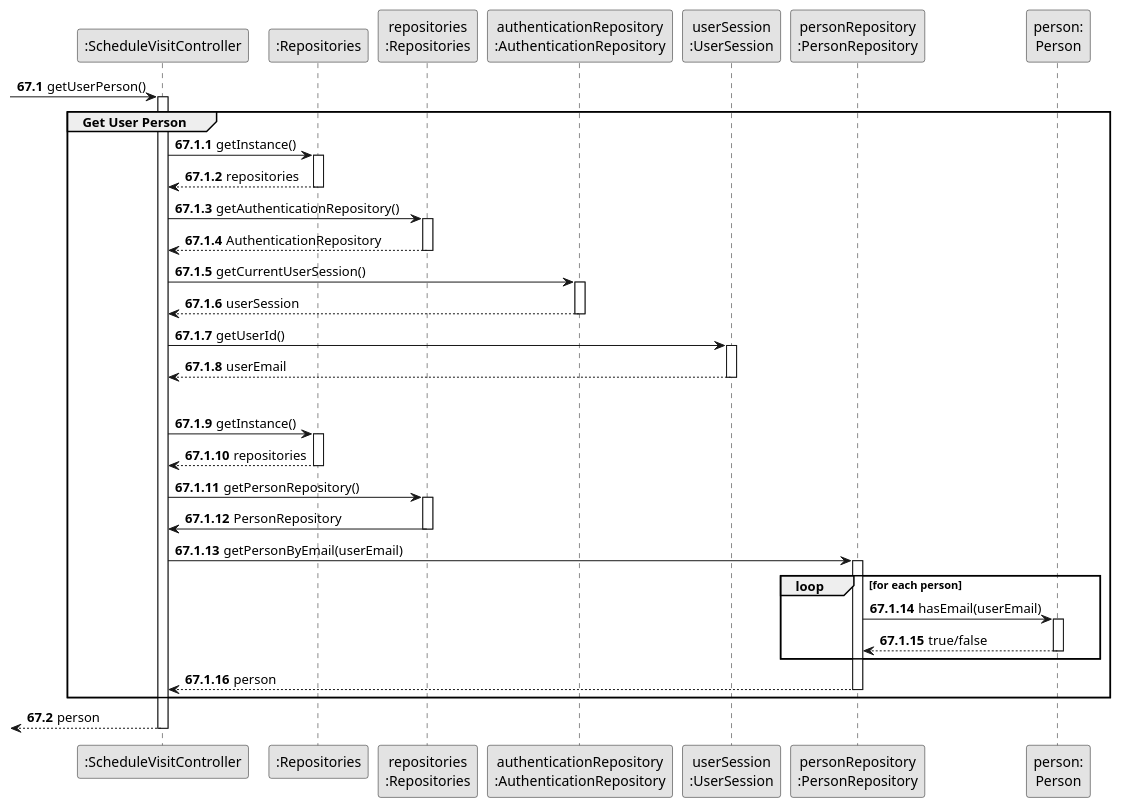
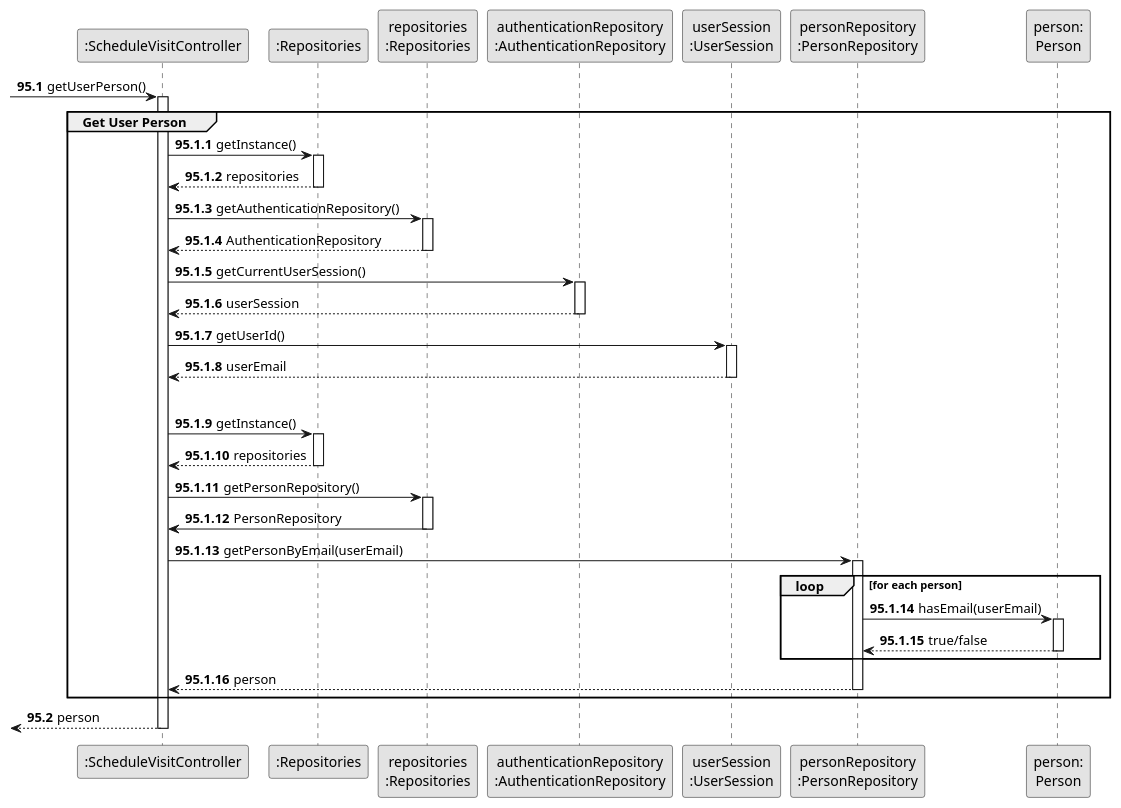
The diagram in docs/sprintD/us009/03.design/puml/us009-sequence-diagram-partial-get-user-person.puml (rita-barbosa/LAPR2-2223), drawn with PlantUML before and after one commit. The commit also changed 27 other files, not shown here.

```diff
--- a/docs/sprintD/us009/03.design/puml/us009-sequence-diagram-partial-get-user-person.puml
+++ b/docs/sprintD/us009/03.design/puml/us009-sequence-diagram-partial-get-user-person.puml
@@ -1,83 +1,83 @@
 @startuml
 skinparam monochrome true
 skinparam packageStyle rectangle
 skinparam shadowing false\
 
 
 participant ":ScheduleVisitController" as CTRL
 participant ":Repositories" as RepositorySingleton
 participant "repositories\n:Repositories" as PLAT
 participant "authenticationRepository\n:AuthenticationRepository" as AuthenticationRepository
 participant "userSession\n:UserSession" as SESSION
 participant "personRepository\n:PersonRepository" as PersonRepository
 participant "person:\nPerson" as PERSON
 
-autonumber 67.1
+autonumber 95.1
 
      -> CTRL : getUserPerson()
      activate CTRL
 
-autonumber 67.1.1
+autonumber 95.1.1
 
     group Get User Person
 
         CTRL -> RepositorySingleton : getInstance()
         activate RepositorySingleton
 
             RepositorySingleton --> CTRL : repositories
         deactivate RepositorySingleton
 
         CTRL -> PLAT : getAuthenticationRepository()
         activate PLAT
 
             PLAT --> CTRL : AuthenticationRepository
         deactivate PLAT
 
         CTRL -> AuthenticationRepository : getCurrentUserSession()
         activate AuthenticationRepository
 
            AuthenticationRepository --> CTRL : userSession
         deactivate AuthenticationRepository
 
         CTRL -> SESSION : getUserId()
         activate SESSION
 
             SESSION --> CTRL : userEmail
         deactivate SESSION
 |||
         CTRL -> RepositorySingleton : getInstance()
         activate RepositorySingleton
 
             RepositorySingleton --> CTRL : repositories
         deactivate RepositorySingleton
 
         CTRL -> PLAT : getPersonRepository()
         activate PLAT
 
             PLAT -> CTRL : PersonRepository
         deactivate PLAT
 
         CTRL -> PersonRepository : getPersonByEmail(userEmail)
         activate PersonRepository
 
         loop for each person
 
             PersonRepository -> PERSON : hasEmail(userEmail)
             activate PERSON
 
                 PERSON --> PersonRepository : true/false
             deactivate PERSON
 
         end loop
 
             PersonRepository --> CTRL : person
         deactivate PersonRepository
 
      end group
 
-autonumber 67.2
+autonumber 95.2
 
         <-- CTRL : person
     deactivate CTRL
 
 @enduml
```
